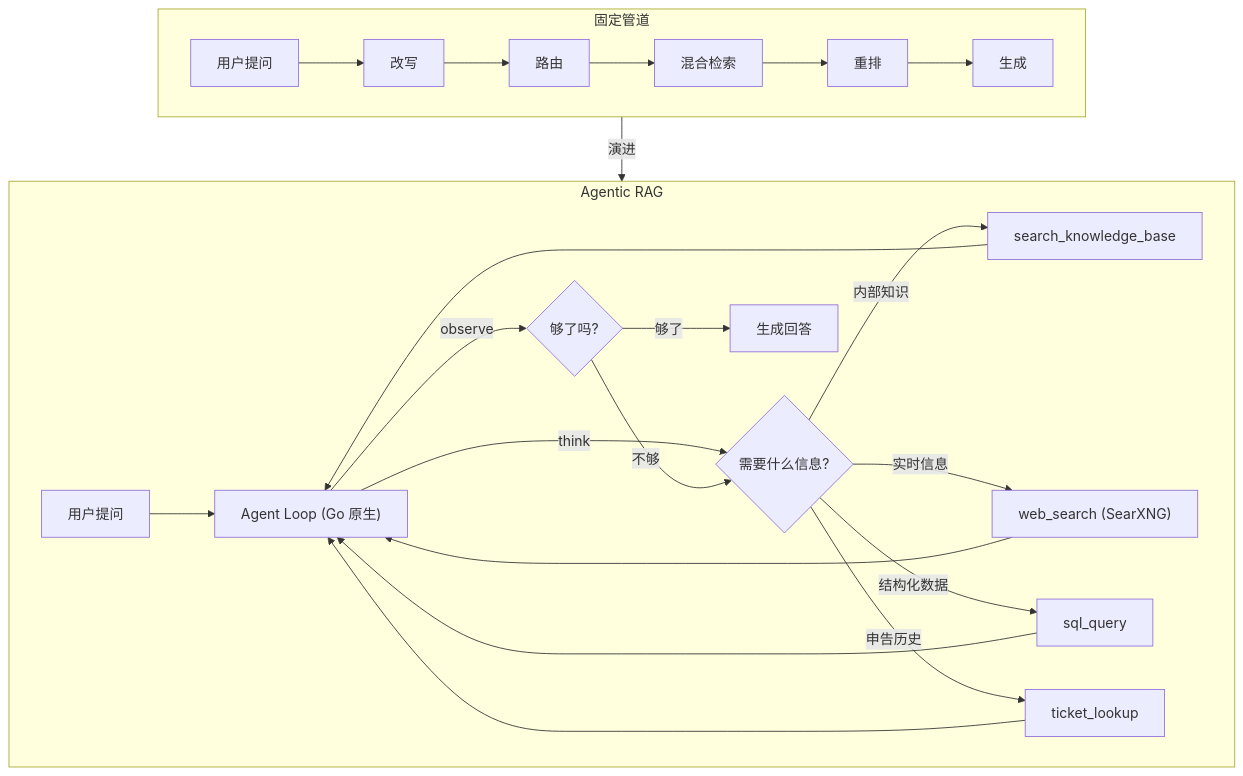
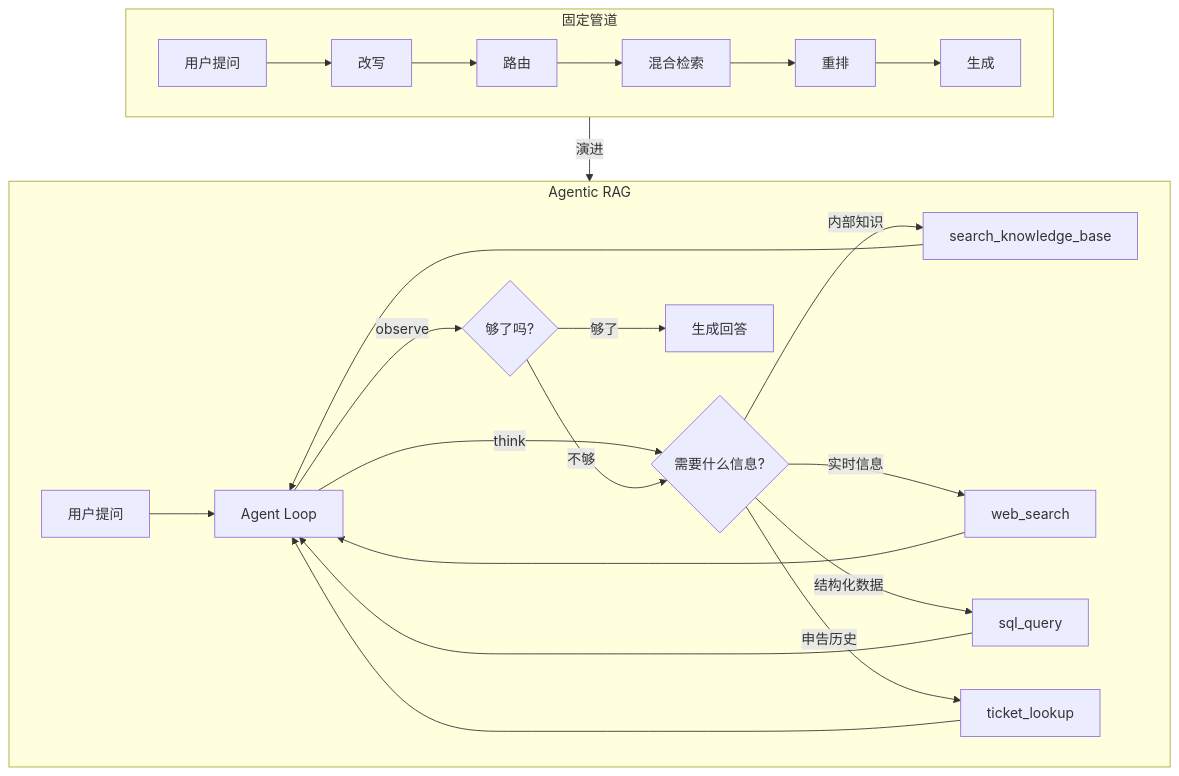
One commit to int2t05/Cognik changed the eighth of 10 diagrams in docs/ROADMAP.md. Above: the diagram before and after it, drawn with Mermaid. The commit also changed other lines of this file, not shown here.

First line of the commit message:
docs(roadmap): 全量更新 — 新增 V1.5 知识库组织 + 简洁纯净

````diff
--- a/docs/ROADMAP.md
+++ b/docs/ROADMAP.md
@@ -367,19 +434,19 @@
 ```mermaid
 flowchart TD
     subgraph V1["固定管道"]
         Q1["用户提问"] --> R1["改写"] --> R2["路由"] --> R3["混合检索"] --> R4["重排"] --> G1["生成"]
     end
     subgraph V2["Agentic RAG"]
-        Q2["用户提问"] --> AG["Agent Loop (Go 原生)"]
+        Q2["用户提问"] --> AG["Agent Loop"]
         AG -->|"think"| T1{"需要什么信息?"}
         T1 -->|"内部知识"| KB["search_knowledge_base"]
-        T1 -->|"实时信息"| WS["web_search (SearXNG)"]
+        T1 -->|"实时信息"| WS["web_search"]
         T1 -->|"结构化数据"| SQL["sql_query"]
         T1 -->|"申告历史"| TK["ticket_lookup"]
         KB & WS & SQL & TK --> AG
         AG -->|"observe"| T2{"够了吗?"}
         T2 -->|"不够"| T1
         T2 -->|"够了"| ANS["生成回答"]
     end
     V1 -->|演进| V2
 ```
````
